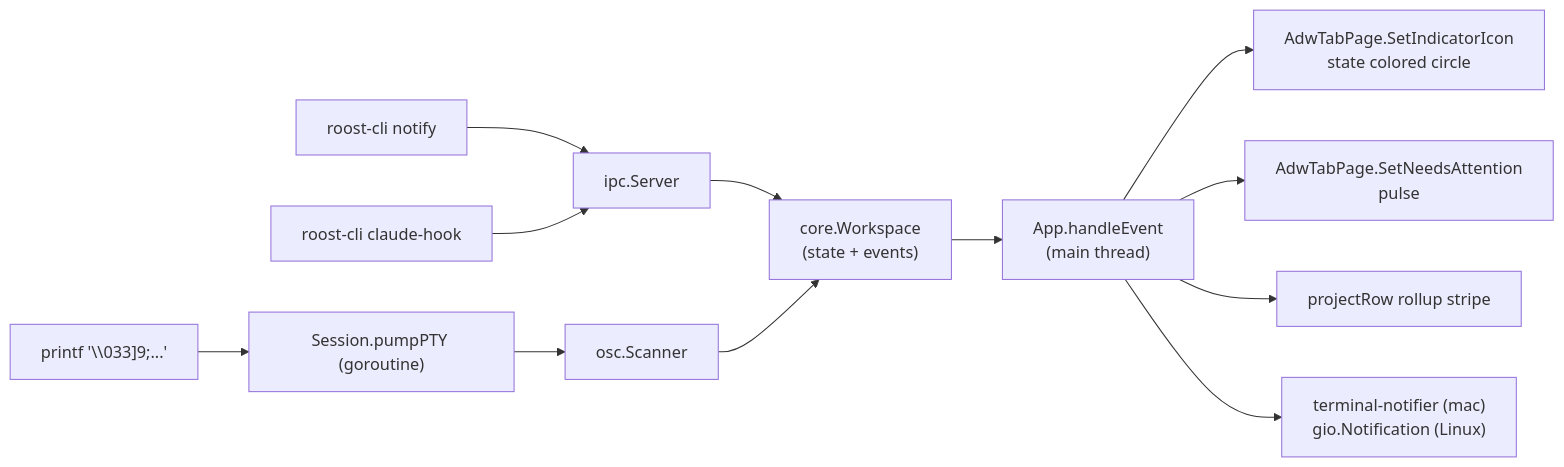
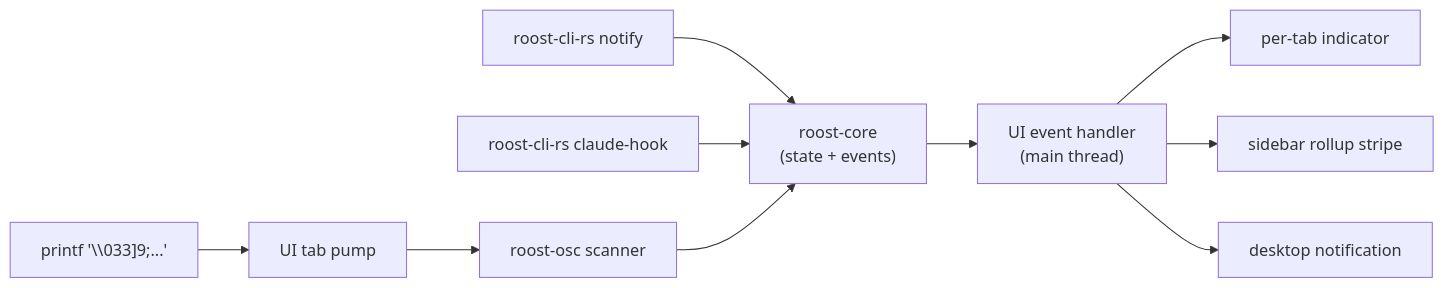
One commit to charliek/roost changed the diagram in docs/reference/architecture.md. Above: the diagram before and after it, drawn with Mermaid. The commit also changed other lines of this file and 18 other files, not shown here.

First line of the commit message:
docs: Rust mac/linux primary; Go binary content to Legacy section (#77)

````diff
--- a/docs/reference/architecture.md
+++ b/docs/reference/architecture.md
@@ -69,24 +49,21 @@
 ```mermaid
 flowchart LR
-    Sender["roost-cli notify"]
-    Hook["roost-cli claude-hook"]
+    CLI["roost-cli-rs notify"]
+    Hook["roost-cli-rs claude-hook"]
     OSC["printf '\\033]9;...'"]
-    Pump["Session.pumpPTY (goroutine)"]
-    Scanner["osc.Scanner"]
-    IPC["ipc.Server"]
-    WS["core.Workspace<br/>(state + events)"]
-    App["App.handleEvent<br/>(main thread)"]
-    Indicator["AdwTabPage.SetIndicatorIcon<br/>state colored circle"]
-    Badge["AdwTabPage.SetNeedsAttention<br/>pulse"]
-    Stripe["projectRow rollup stripe"]
-    Banner["terminal-notifier (mac)<br/>gio.Notification (Linux)"]
+    Tab["UI tab pump"]
+    Scanner["roost-osc scanner"]
+    Core["roost-core<br/>(state + events)"]
+    UI["UI event handler<br/>(main thread)"]
+    Indicator["per-tab indicator"]
+    Stripe["sidebar rollup stripe"]
+    Banner["desktop notification"]
 
-    Sender --> IPC --> WS
-    Hook --> IPC
-    OSC --> Pump --> Scanner --> WS
-    WS --> App
-    App --> Indicator
-    App --> Badge
-    App --> Stripe
-    App --> Banner
+    CLI --> Core
+    Hook --> Core
+    OSC --> Tab --> Scanner --> Core
+    Core --> UI
+    UI --> Indicator
+    UI --> Stripe
+    UI --> Banner
 ```
````
